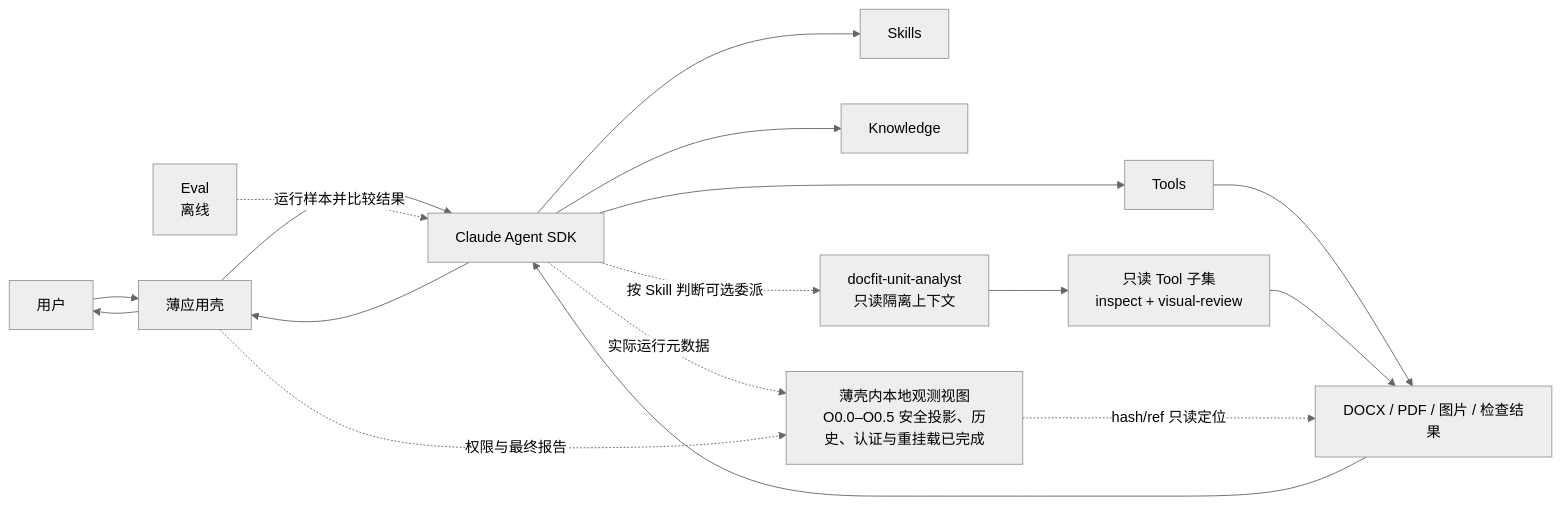
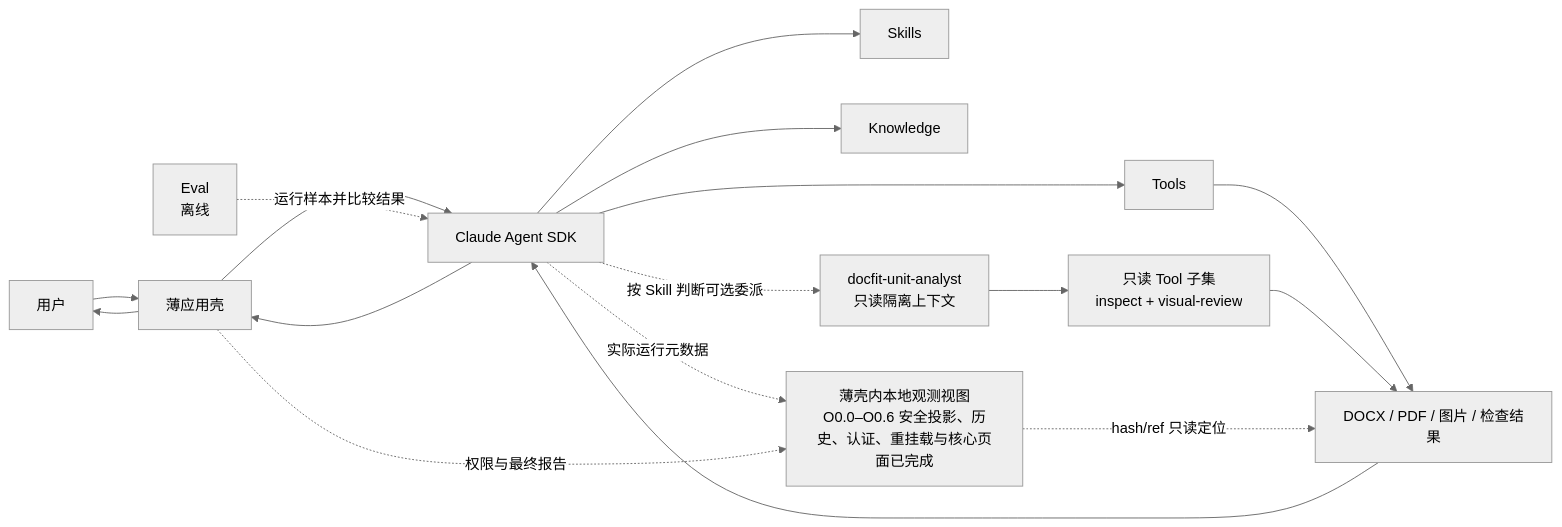
One commit to bamao88/0730 changed the diagram in docs/docfit-01-architecture-core.md. Above: the diagram before and after it, drawn with Mermaid (neutral theme). The commit also changed other lines of this file and 9 other files, not shown here.

````diff
--- a/docs/docfit-01-architecture-core.md
+++ b/docs/docfit-01-architecture-core.md
@@ -83,19 +83,19 @@
 ```mermaid
 flowchart LR
     U["用户"] --> A["薄应用壳"]
     A --> SDK["Claude Agent SDK"]
     SDK --> S["Skills"]
     SDK --> K["Knowledge"]
     SDK --> T["Tools"]
     SDK -."按 Skill 判断可选委派".-> SA["docfit-unit-analyst<br/>只读隔离上下文"]
     SA --> RT["只读 Tool 子集<br/>inspect + visual-review"]
     T --> F["DOCX / PDF / 图片 / 检查结果"]
     RT --> F
     F --> SDK
     SDK --> A
     A --> U
-    SDK -."实际运行元数据".-> O["薄壳内本地观测视图<br/>O0.0–O0.5 安全投影、历史、认证与重挂载已完成"]
+    SDK -."实际运行元数据".-> O["薄壳内本地观测视图<br/>O0.0–O0.6 安全投影、历史、认证、重挂载与核心页面已完成"]
     A -."权限与最终报告".-> O
     O -."hash/ref 只读定位".-> F
     E["Eval<br/>离线"] -.运行样本并比较结果.-> SDK
 ```
````
